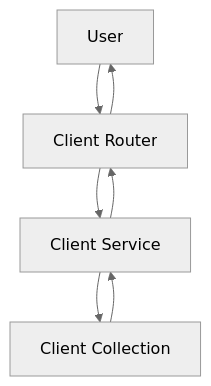
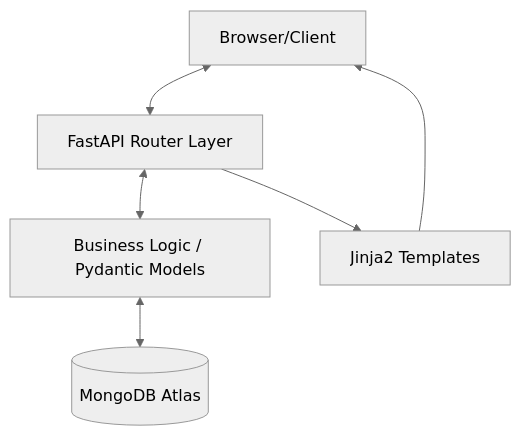
The second of 2 diagrams in README.md (tshihab07/Client-Management-System), drawn with Mermaid (neutral theme) before and after one commit. The commit also changed other lines of this file, not shown here.

````diff
--- a/README.md
+++ b/README.md
@@ -115,7 +135,8 @@
 ```mermaid
 flowchart TD
-    User --> A[Client Router]
-    A --> B[Client Service]
-    B --> C[Client Collection]
-    C --> B --> A --> User
+    User[Browser/Client] <--> API[FastAPI Router Layer]
+    API <--> Logic[Business Logic / Pydantic Models]
+    Logic <--> DB[(MongoDB Atlas)]
+    API --> UI[Jinja2 Templates]
+    UI --> User
 ```
````
